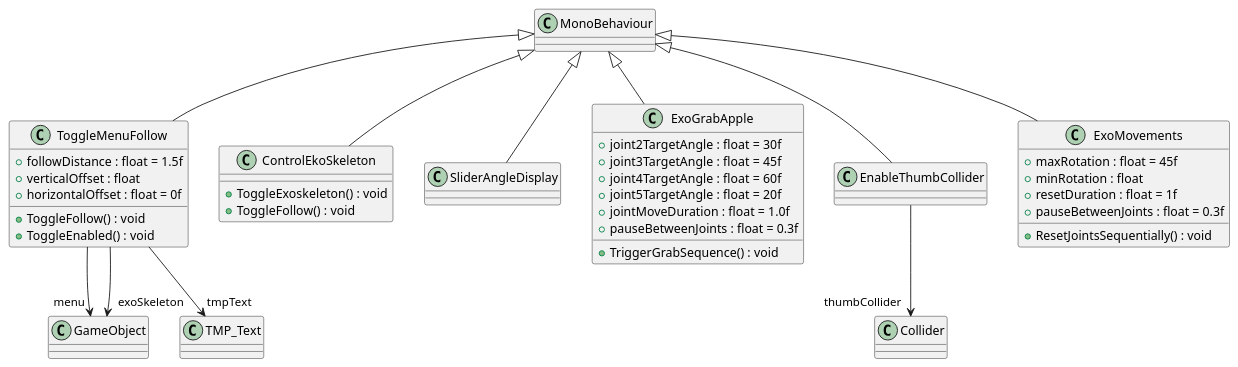
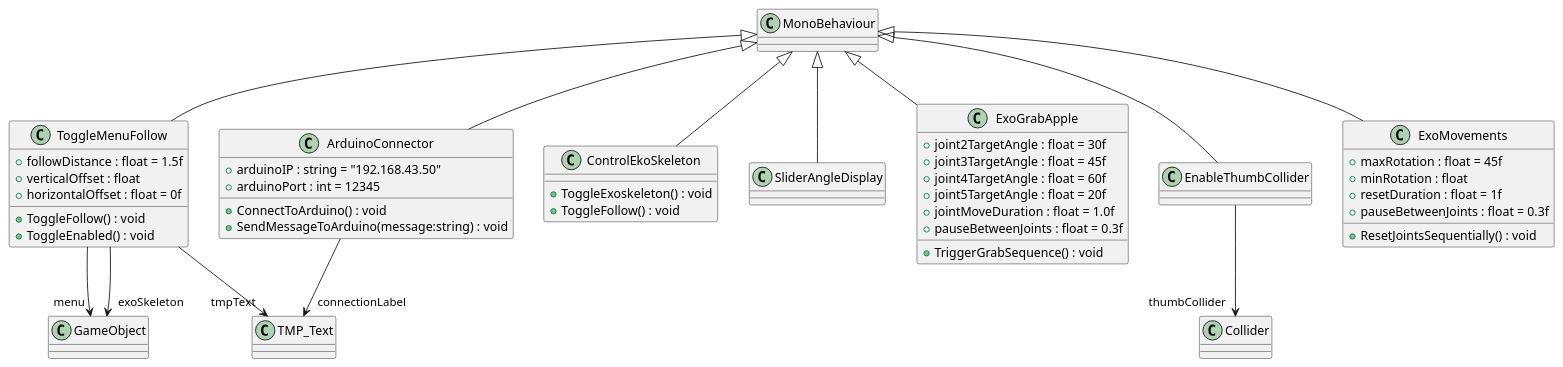
One commit to Chiriac21/disertatie changed the diagram in UML/include.puml. Above: the diagram before and after it, drawn with PlantUML. The commit also changed 3 other files, not shown here.

Commit message:
Generate UML (Generate UML)

```diff
--- a/UML/include.puml
+++ b/UML/include.puml
@@ -1,43 +1,51 @@
 @startuml
 class ToggleMenuFollow {
     + followDistance : float = 1.5f
     + verticalOffset : float
     + horizontalOffset : float = 0f
     + ToggleFollow() : void
     + ToggleEnabled() : void
 }
 MonoBehaviour <|-- ToggleMenuFollow
 ToggleMenuFollow --> "menu" GameObject
 ToggleMenuFollow --> "exoSkeleton" GameObject
 ToggleMenuFollow --> "tmpText" TMP_Text
+class ArduinoConnector {
+    + arduinoIP : string = "192.168.43.50"
+    + arduinoPort : int = 12345
+    + ConnectToArduino() : void
+    + SendMessageToArduino(message:string) : void
+}
+MonoBehaviour <|-- ArduinoConnector
+ArduinoConnector --> "connectionLabel" TMP_Text
 class ControlEkoSkeleton {
     + ToggleExoskeleton() : void
     + ToggleFollow() : void
 }
 MonoBehaviour <|-- ControlEkoSkeleton
 class SliderAngleDisplay {
 }
 MonoBehaviour <|-- SliderAngleDisplay
 class ExoGrabApple {
     + joint2TargetAngle : float = 30f
     + joint3TargetAngle : float = 45f
     + joint4TargetAngle : float = 60f
     + joint5TargetAngle : float = 20f
     + jointMoveDuration : float = 1.0f
     + pauseBetweenJoints : float = 0.3f
     + TriggerGrabSequence() : void
 }
 MonoBehaviour <|-- ExoGrabApple
 class EnableThumbCollider {
 }
 MonoBehaviour <|-- EnableThumbCollider
 EnableThumbCollider --> "thumbCollider" Collider
 class ExoMovements {
     + maxRotation : float = 45f
     + minRotation : float
     + resetDuration : float = 1f
     + pauseBetweenJoints : float = 0.3f
     + ResetJointsSequentially() : void
 }
 MonoBehaviour <|-- ExoMovements
 @enduml
```
